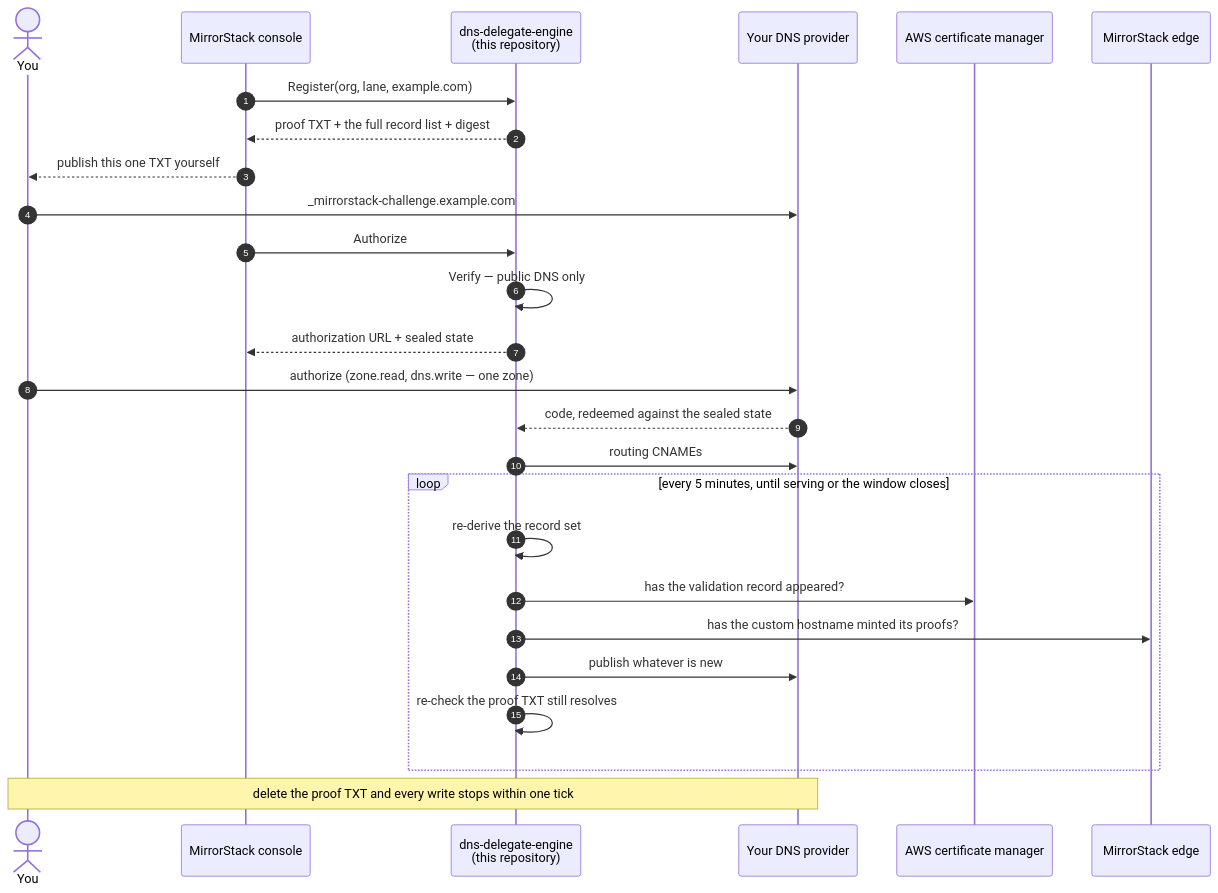
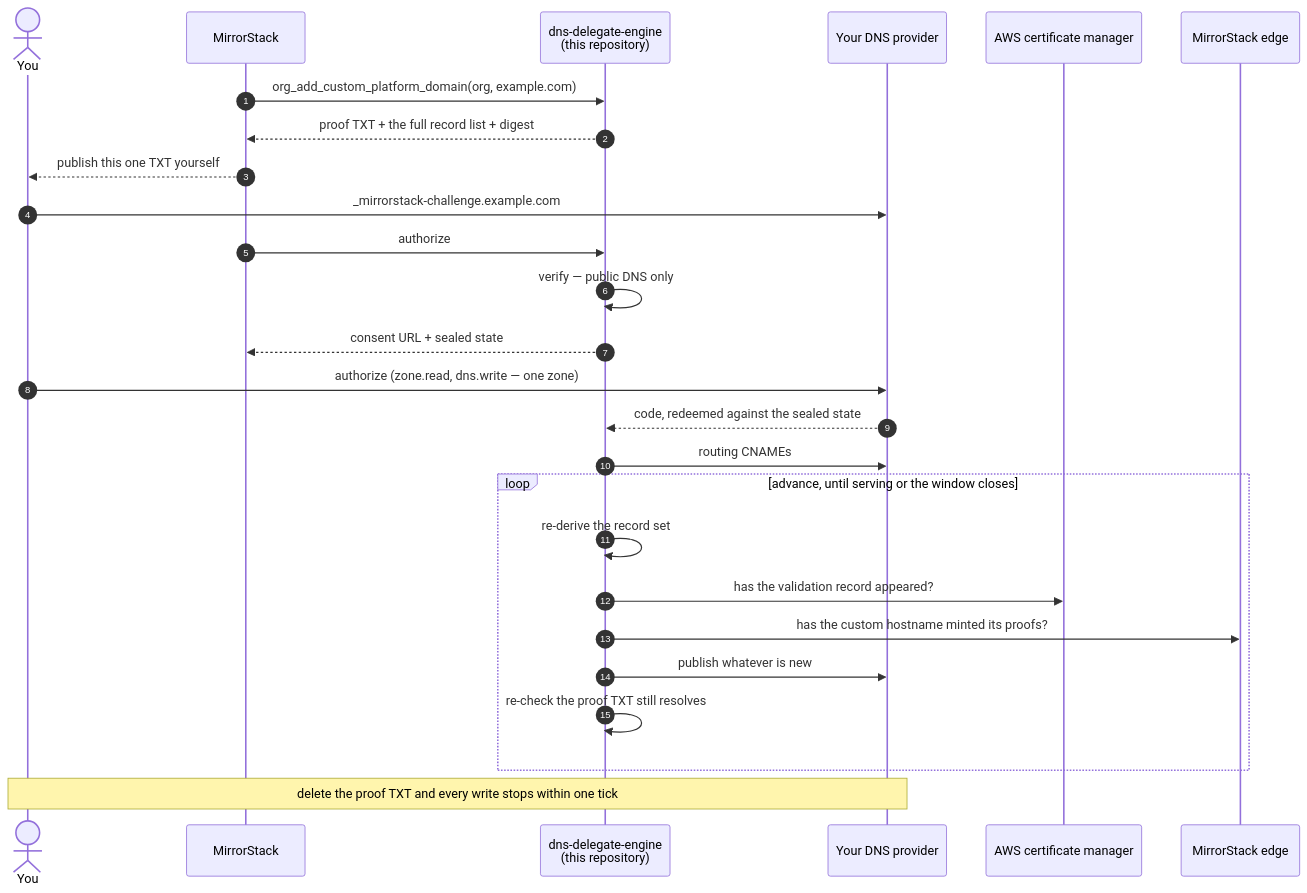
One commit to mirrorstack-ai/dns-delegate-engine changed the diagram in docs/DESIGN.md. Above: the diagram before and after it, drawn with Mermaid. The commit also changed other lines of this file and 2 other files, not shown here.

````diff
--- a/docs/DESIGN.md
+++ b/docs/DESIGN.md
@@ -202,33 +259,33 @@
 ```mermaid
 sequenceDiagram
     autonumber
     actor You
-    participant Console as MirrorStack console
+    participant Console as MirrorStack
     participant Engine as dns-delegate-engine<br/>(this repository)
     participant CF as Your DNS provider
     participant ACM as AWS certificate manager
     participant Edge as MirrorStack edge
 
-    Console->>Engine: Register(org, lane, example.com)
+    Console->>Engine: org_add_custom_platform_domain(org, example.com)
     Engine-->>Console: proof TXT + the full record list + digest
     Console-->>You: publish this one TXT yourself
 
     You->>CF: _mirrorstack-challenge.example.com
-    Console->>Engine: Authorize
-    Engine->>Engine: Verify — public DNS only
-    Engine-->>Console: authorization URL + sealed state
+    Console->>Engine: authorize
+    Engine->>Engine: verify — public DNS only
+    Engine-->>Console: consent URL + sealed state
 
     You->>CF: authorize (zone.read, dns.write — one zone)
     CF-->>Engine: code, redeemed against the sealed state
     Engine->>CF: routing CNAMEs
 
-    loop every 5 minutes, until serving or the window closes
+    loop advance, until serving or the window closes
         Engine->>Engine: re-derive the record set
         Engine->>ACM: has the validation record appeared?
         Engine->>Edge: has the custom hostname minted its proofs?
         Engine->>CF: publish whatever is new
         Engine->>Engine: re-check the proof TXT still resolves
     end
 
     Note over You,CF: delete the proof TXT and every write stops within one tick
 ```
````
